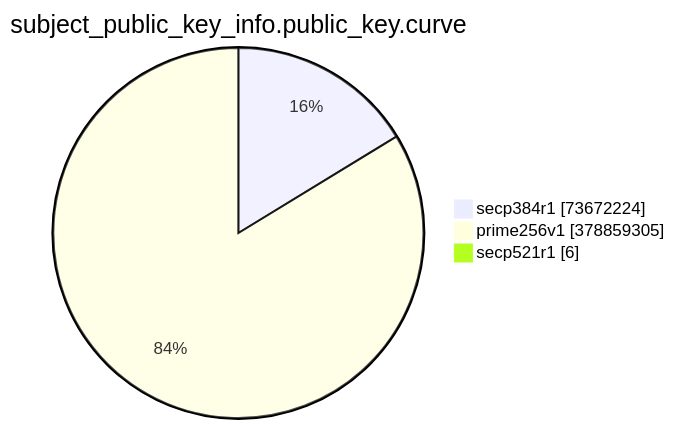
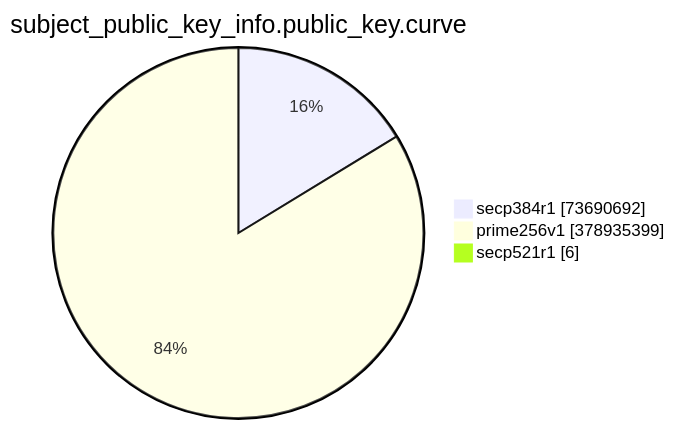
Before and after one commit to christiankrug/ctmonitor_visualization: the eighth of 15 diagrams in TOTAL/README.md, drawn with Mermaid. The commit also changed other lines of this file, not shown here.

````diff
--- a/TOTAL/README.md
+++ b/TOTAL/README.md
@@ -3094,7 +3094,7 @@
 ```mermaid
 pie showData
 title subject_public_key_info.public_key.curve
-"secp384r1" :73672224
-"prime256v1" :378859305
+"secp384r1" :73690692
+"prime256v1" :378935399
 "secp521r1" :6
 ```
````
